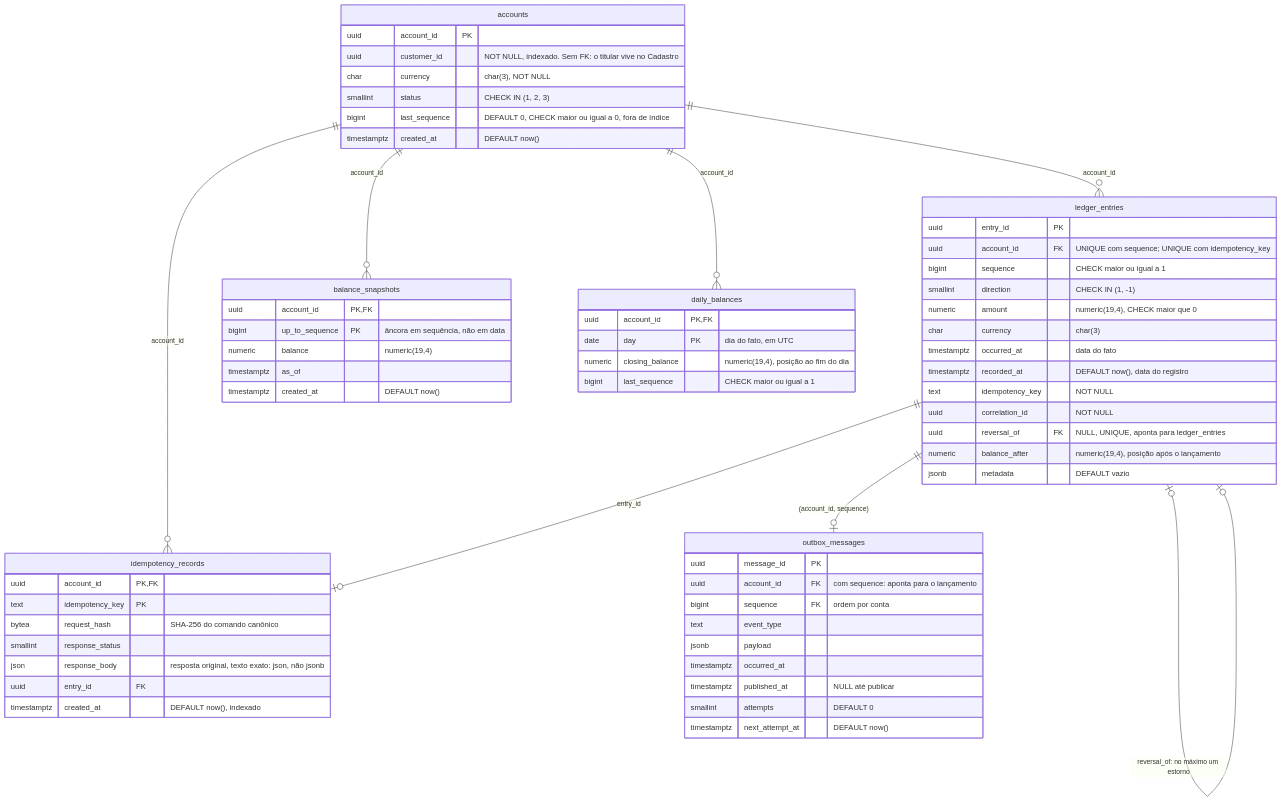
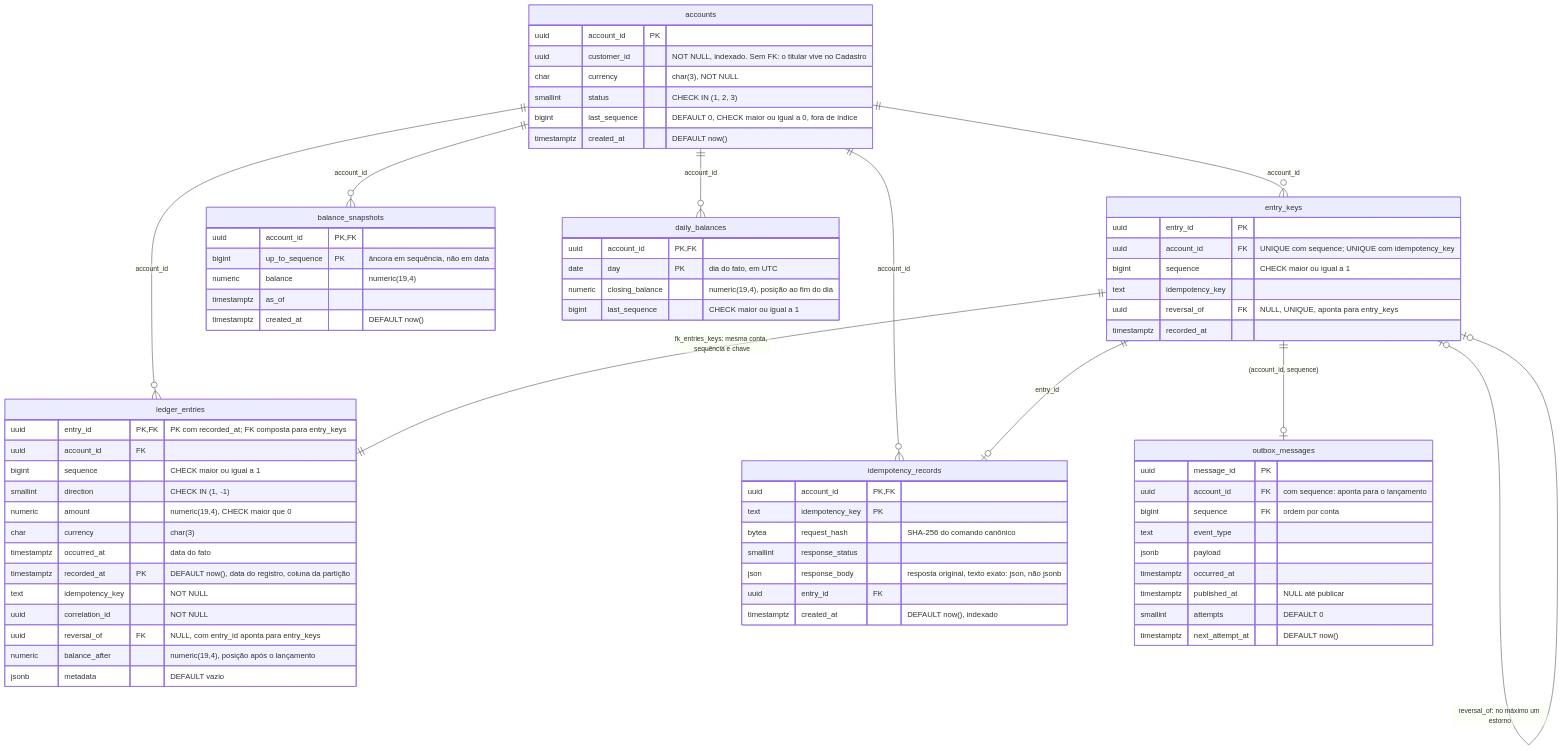
The diagram in docs/diagrams/ERD-esquema-ledger.md (eduardojnet/PacioliBank), drawn with Mermaid before and after one commit. The commit also changed other lines of this file and 10 other files, not shown here.

First line of the commit message:
docs: ADR-0013 de particionamento do ledger; ERD, ENF e estado (card 37)

````diff
--- a/docs/diagrams/ERD-esquema-ledger.md
+++ b/docs/diagrams/ERD-esquema-ledger.md
@@ -7,12 +7,14 @@
 ```mermaid
 erDiagram
+    accounts ||--o{ entry_keys : "account_id"
     accounts ||--o{ ledger_entries : "account_id"
     accounts ||--o{ balance_snapshots : "account_id"
     accounts ||--o{ daily_balances : "account_id"
     accounts ||--o{ idempotency_records : "account_id"
-    ledger_entries ||--o| idempotency_records : "entry_id"
-    ledger_entries |o--o| ledger_entries : "reversal_of: no máximo um estorno"
-    ledger_entries ||--o| outbox_messages : "(account_id, sequence)"
+    entry_keys ||--|| ledger_entries : "fk_entries_keys: mesma conta, sequência e chave"
+    entry_keys |o--o| entry_keys : "reversal_of: no máximo um estorno"
+    entry_keys ||--o| idempotency_records : "entry_id"
+    entry_keys ||--o| outbox_messages : "(account_id, sequence)"
 
     accounts {
         uuid account_id PK
@@ -23,18 +25,27 @@
         timestamptz created_at "DEFAULT now()"
     }
 
-    ledger_entries {
+    entry_keys {
         uuid entry_id PK
         uuid account_id FK "UNIQUE com sequence; UNIQUE com idempotency_key"
+        bigint sequence "CHECK maior ou igual a 1"
+        text idempotency_key
+        uuid reversal_of FK "NULL, UNIQUE, aponta para entry_keys"
+        timestamptz recorded_at
+    }
+
+    ledger_entries {
+        uuid entry_id PK, FK "PK com recorded_at; FK composta para entry_keys"
+        uuid account_id FK
         bigint sequence "CHECK maior ou igual a 1"
         smallint direction "CHECK IN (1, -1)"
         numeric amount "numeric(19,4), CHECK maior que 0"
         char currency "char(3)"
         timestamptz occurred_at "data do fato"
-        timestamptz recorded_at "DEFAULT now(), data do registro"
+        timestamptz recorded_at PK "DEFAULT now(), data do registro, coluna da partição"
         text idempotency_key "NOT NULL"
         uuid correlation_id "NOT NULL"
-        uuid reversal_of FK "NULL, UNIQUE, aponta para ledger_entries"
+        uuid reversal_of FK "NULL, com entry_id aponta para entry_keys"
         numeric balance_after "numeric(19,4), posição após o lançamento"
         jsonb metadata "DEFAULT vazio"
     }
````
